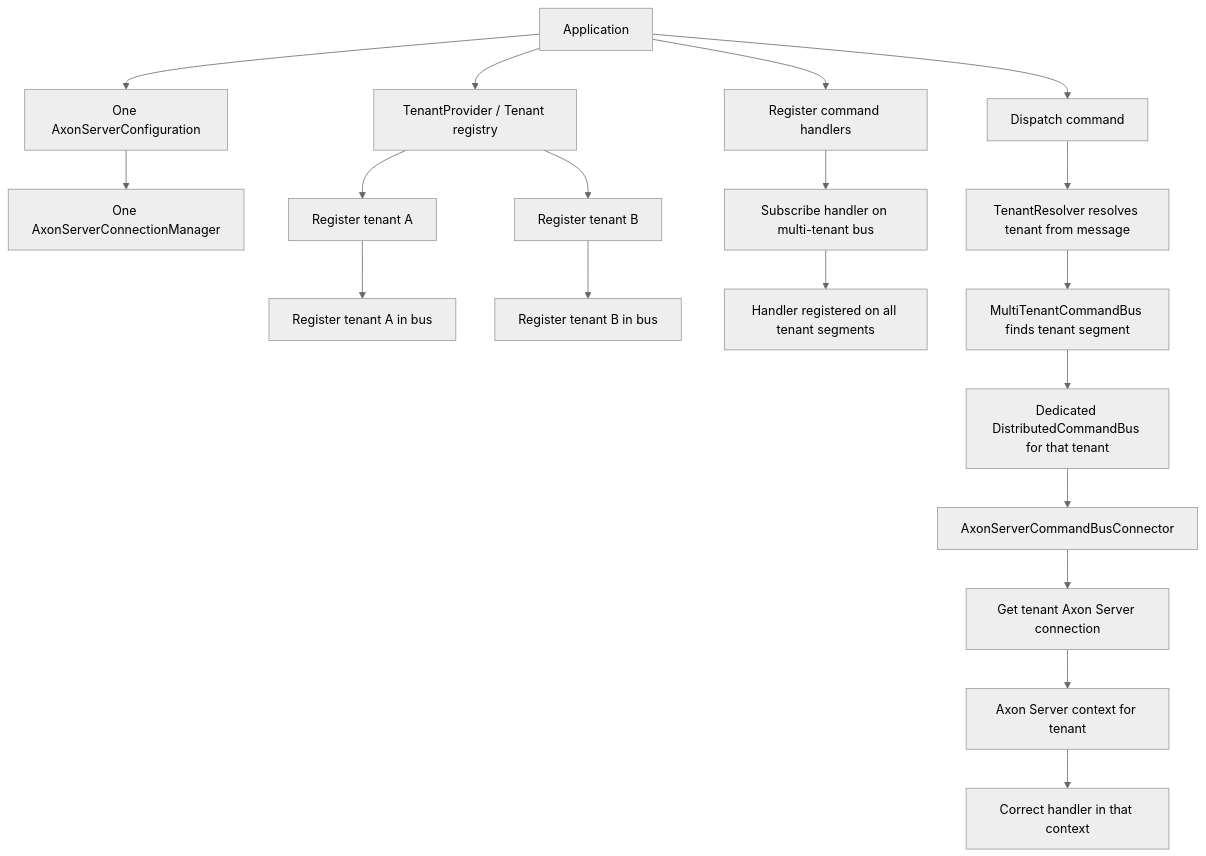
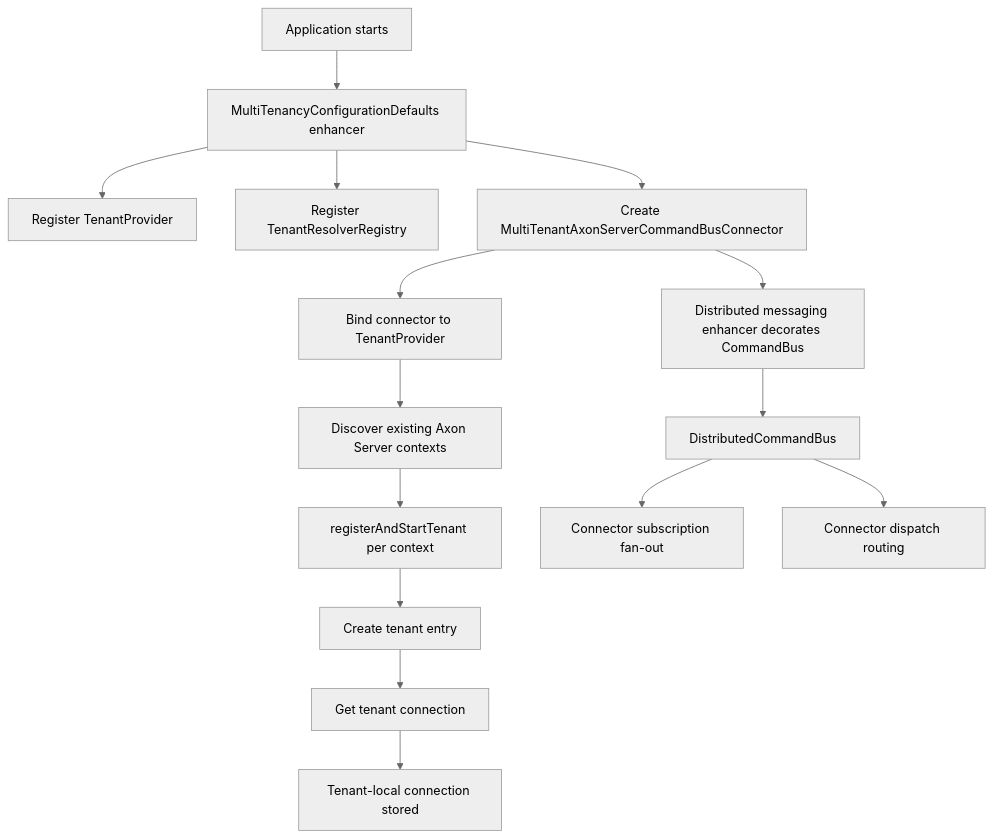
The first of 2 diagrams in messaging/axoniq-multi-tenancy/README.md (AxonIQ/axoniq-framework), drawn with Mermaid (neutral theme) before and after one commit. The commit also changed other lines of this file and 38 other files, not shown here.

First line of the commit message:
feat(176): multi tenancy module

````diff
--- a/messaging/axoniq-multi-tenancy/README.md
+++ b/messaging/axoniq-multi-tenancy/README.md
@@ -79,23 +96,17 @@
 ```mermaid
 flowchart TD
-    A[Application] --> B[One AxonServerConfiguration]
-    B --> C[One AxonServerConnectionManager]
-    A --> D[TenantProvider / Tenant registry]
-    D --> E[Register tenant A]
-    D --> F[Register tenant B]
-    E --> G[Register tenant A in bus]
-    F --> H[Register tenant B in bus]
-
-    A --> I[Register command handlers]
-    I --> J[Subscribe handler on multi-tenant bus]
-    J --> K[Handler registered on all tenant segments]
-
-    A --> L[Dispatch command]
-    L --> M[TenantResolver resolves tenant from message]
-    M --> N[MultiTenantCommandBus finds tenant segment]
-    N --> O[Dedicated DistributedCommandBus for that tenant]
-    O --> P[AxonServerCommandBusConnector]
-    P --> Q[Get tenant Axon Server connection]
-    Q --> R[Axon Server context for tenant]
-    R --> S[Correct handler in that context]
+    A[Application starts] --> B[MultiTenancyConfigurationDefaults enhancer]
+    B --> C[Register TenantProvider]
+    B --> D[Register TenantResolverRegistry]
+    B --> E[Create MultiTenantAxonServerCommandBusConnector]
+    E --> F[Bind connector to TenantProvider]
+    F --> G[Discover existing Axon Server contexts]
+    G --> H[registerAndStartTenant per context]
+    H --> I[Create tenant entry]
+    I --> J[Get tenant connection]
+    J --> K[Tenant-local connection stored]
+    E --> L[Distributed messaging enhancer decorates CommandBus]
+    L --> M[DistributedCommandBus]
+    M --> N[Connector subscription fan-out]
+    M --> O[Connector dispatch routing]
 ```
````
